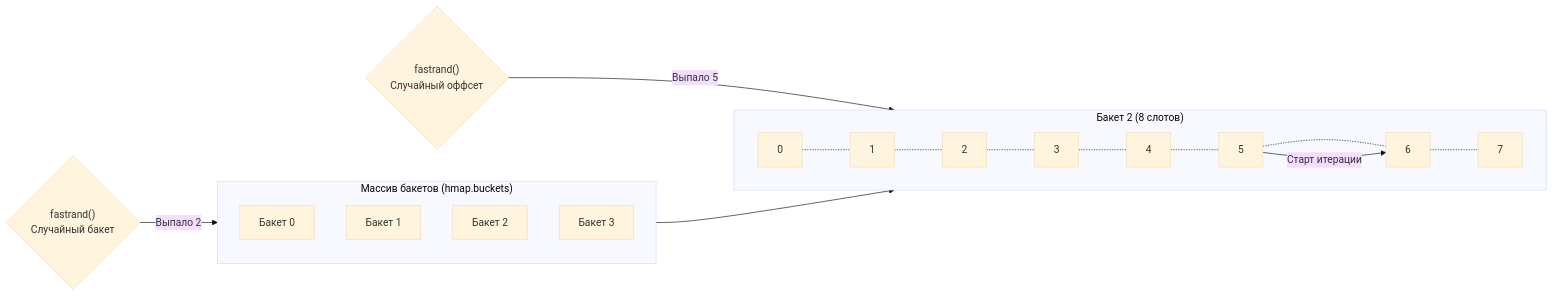
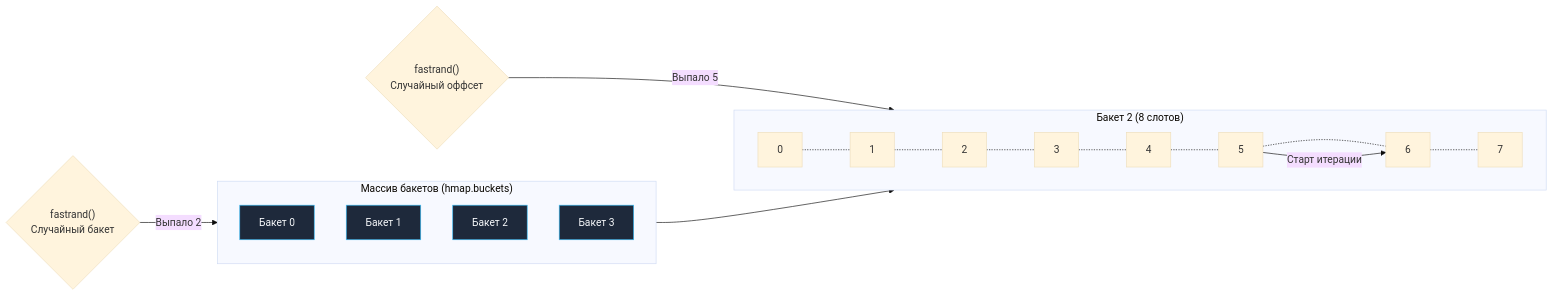
Before and after one commit to UnrealTemplier/go-textbook: the second of 2 diagrams in sources/7. Глубокий Go (Внутреннее устройство)/33. Почему iteration по map случайный.md, drawn with Mermaid (base theme). The commit also changed other lines of this file and 1666 other files, not shown here.

First line of the commit message:
feat(mermaid): add semantic color classDef to 1369 colorless flowchart/graph diagrams

````diff
--- a/sources/7. Глубокий Go (Внутреннее устройство)/33. Почему iteration по map случайный.md
+++ b/sources/7. Глубокий Go (Внутреннее устройство)/33. Почему iteration по map случайный.md
@@ -65,22 +75,32 @@
 ```mermaid
 flowchart LR
+    classDef process  fill:#1e293b,stroke:#38bdf8,stroke-width:1px,color:#f8fafc
+    classDef success  fill:#064e3b,stroke:#34d399,stroke-width:1px,color:#f8fafc
+    classDef error    fill:#7f1d1d,stroke:#f87171,stroke-width:1px,color:#f8fafc
+    classDef warning  fill:#78350f,stroke:#fbbf24,stroke-width:1px,color:#f8fafc
+    classDef entry    fill:#1e3a5f,stroke:#38bdf8,stroke-width:2px,color:#f8fafc
+    classDef aux      fill:#334155,stroke:#64748b,stroke-width:1px,color:#f8fafc
+    classDef system   fill:#312e81,stroke:#a78bfa,stroke-width:1px,color:#f8fafc
+    classDef data     fill:#132d29,stroke:#2dd4bf,stroke-width:1px,color:#f8fafc
+    classDef network  fill:#881337,stroke:#fb7185,stroke-width:1px,color:#f8fafc
+    classDef accent   fill:#1e1b4b,stroke:#818cf8,stroke-width:1px,color:#f8fafc
     subgraph BUCKETS ["Массив бакетов (hmap.buckets)"]
         direction TB
-        B0["Бакет 0"]
-        B1["Бакет 1"]
-        B2["Бакет 2"]
-        B3["Бакет 3"]
+        B0["Бакет 0"]:::process
+        B1["Бакет 1"]:::process
+        B2["Бакет 2"]:::process
+        B3["Бакет 3"]:::process
     end
     
     RAND1{"fastrand()<br>Случайный бакет"} -->|"Выпало 2"| B2
     
     subgraph BMAP2 ["Бакет 2 (8 слотов)"]
         direction LR
         S0[0] -.- S1[1] -.- S2[2] -.- S3[3] -.- S4[4] -.- S5[5] -.- S6[6] -.- S7[7]
     end
     
     B2 --> BMAP2
     RAND2{"fastrand()<br>Случайный оффсет"} -->|"Выпало 5"| S5
     
     S5 -->|"Старт итерации"| S6
 ```
````
